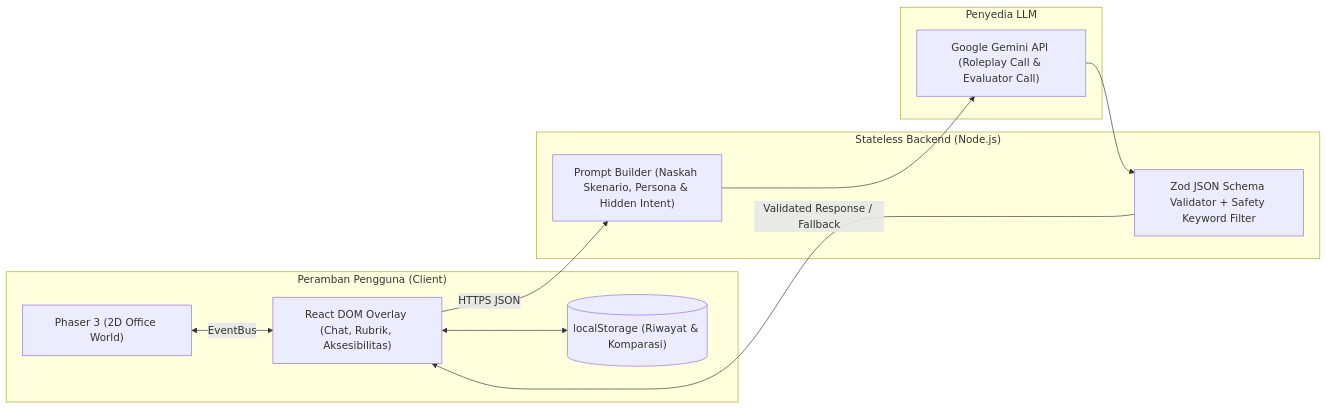
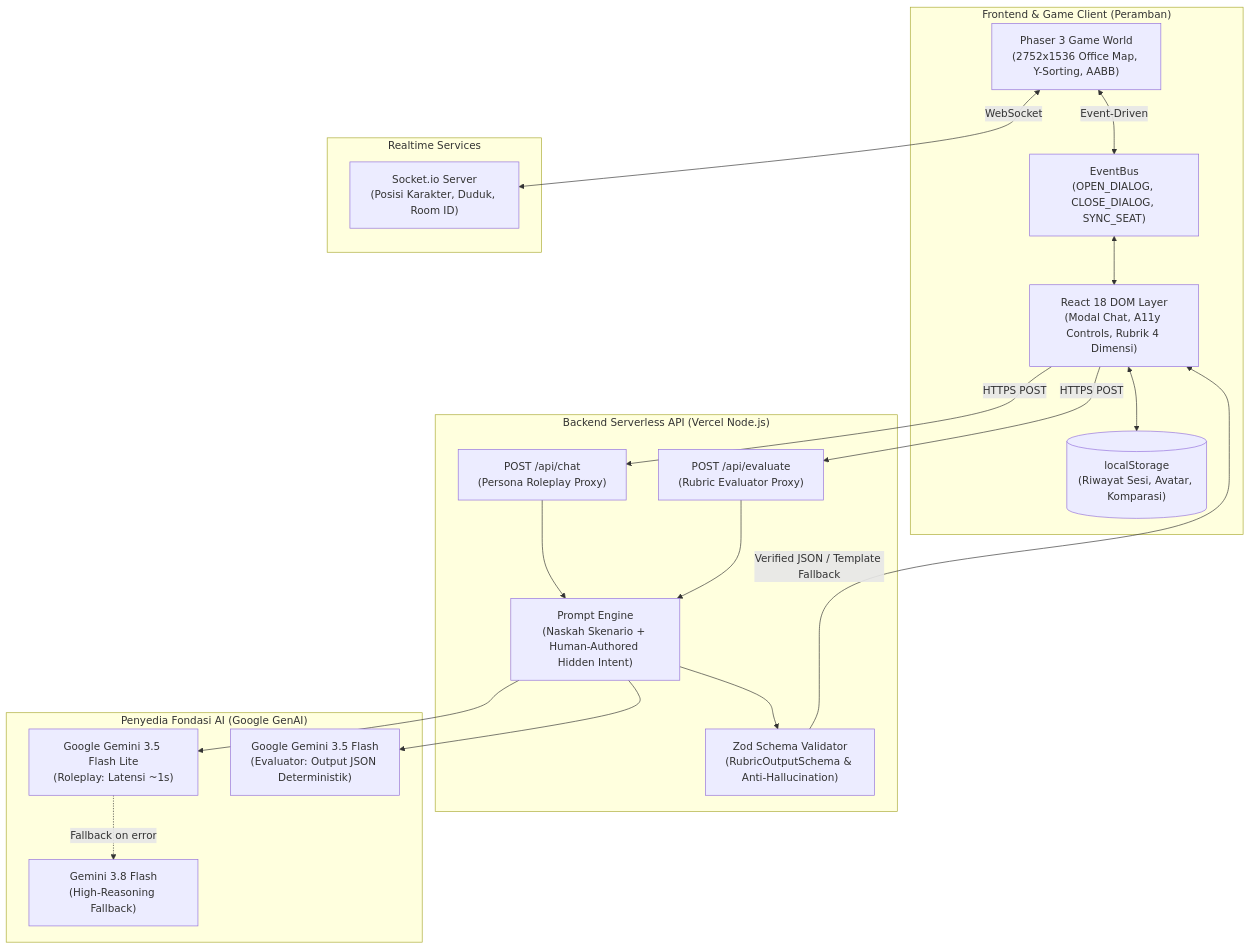
One commit to papatripat/neurosim changed the diagram in README.md. Above: the diagram before and after it, drawn with Mermaid. The commit also changed other lines of this file, not shown here.

````diff
--- a/README.md
+++ b/README.md
@@ -88,24 +126,42 @@
 ```mermaid
-flowchart LR
-    subgraph Browser ["Peramban Pengguna (Client)"]
-        Phaser["Phaser 3 (2D Office World)"]
-        ReactUI["React DOM Overlay (Chat, Rubrik, Aksesibilitas)"]
-        LocalStore[("localStorage (Riwayat & Komparasi)")]
-        Phaser <-->|EventBus| ReactUI
-        ReactUI <--> LocalStore
+flowchart TD
+    subgraph Client ["Frontend & Game Client (Peramban)"]
+        PhaserCanvas["Phaser 3 Game World\n(2752x1536 Office Map, Y-Sorting, AABB)"]
+        EventBus["EventBus\n(OPEN_DIALOG, CLOSE_DIALOG, SYNC_SEAT)"]
+        ReactUI["React 18 DOM Layer\n(Modal Chat, A11y Controls, Rubrik 4 Dimensi)"]
+        LocalStorage[("localStorage\n(Riwayat Sesi, Avatar, Komparasi)")]
+        
+        PhaserCanvas <-->|Event-Driven| EventBus
+        EventBus <--> ReactUI
+        ReactUI <--> LocalStorage
     end
 
-    subgraph Server ["Stateless Backend (Node.js)"]
-        PromptBuilder["Prompt Builder (Naskah Skenario, Persona & Hidden Intent)"]
-        Validator["Zod JSON Schema Validator + Safety Keyword Filter"]
+    subgraph Realtime ["Realtime Services"]
+        SocketServer["Socket.io Server\n(Posisi Karakter, Duduk, Room ID)"]
+        PhaserCanvas <-->|WebSocket| SocketServer
     end
 
-    subgraph AI ["Penyedia LLM"]
-        Gemini["Google Gemini API (Roleplay Call & Evaluator Call)"]
+    subgraph Serverless ["Backend Serverless API (Vercel Node.js)"]
+        APIChat["POST /api/chat\n(Persona Roleplay Proxy)"]
+        APIEvaluate["POST /api/evaluate\n(Rubric Evaluator Proxy)"]
+        PromptEngine["Prompt Engine\n(Naskah Skenario + Human-Authored Hidden Intent)"]
+        ZodValidator["Zod Schema Validator\n(RubricOutputSchema & Anti-Hallucination)"]
+        
+        APIChat --> PromptEngine
+        APIEvaluate --> PromptEngine
+        PromptEngine --> ZodValidator
     end
 
-    ReactUI -->|HTTPS JSON| PromptBuilder
-    PromptBuilder --> Gemini
-    Gemini --> Validator
-    Validator -->|Validated Response / Fallback| ReactUI
+    subgraph AIProvider ["Penyedia Fondasi AI (Google GenAI)"]
+        GeminiLite["Google Gemini 3.5 Flash Lite\n(Roleplay: Latensi ~1s)"]
+        GeminiFlash["Google Gemini 3.5 Flash\n(Evaluator: Output JSON Deterministik)"]
+        GeminiFallback["Gemini 3.8 Flash\n(High-Reasoning Fallback)"]
+    end
+
+    ReactUI -->|HTTPS POST| APIChat
+    ReactUI -->|HTTPS POST| APIEvaluate
+    PromptEngine --> GeminiLite
+    PromptEngine --> GeminiFlash
+    GeminiLite -.->|Fallback on error| GeminiFallback
+    ZodValidator -->|Verified JSON / Template Fallback| ReactUI
 ```
````
